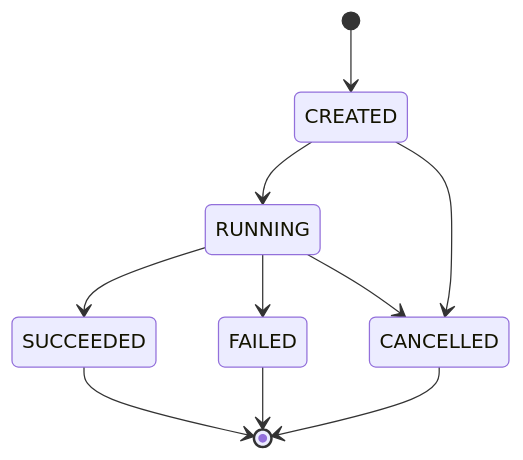
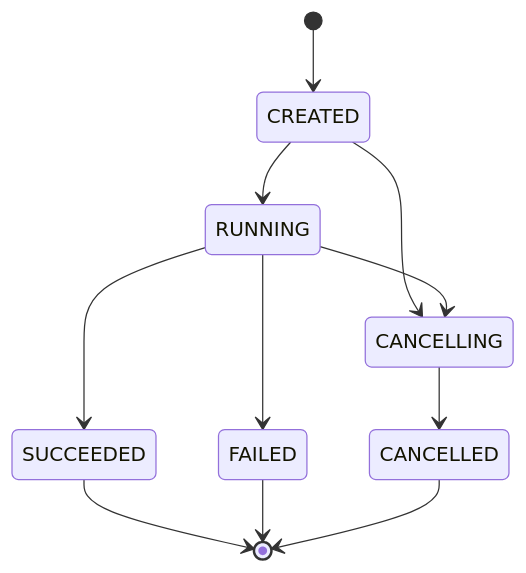
The first of 2 diagrams in docs/04-state-machine-proposal.md (ashish-2141/flowforge-engine), drawn with Mermaid before and after one commit. The commit also changed other lines of this file, not shown here.

````diff
--- a/docs/04-state-machine-proposal.md
+++ b/docs/04-state-machine-proposal.md
@@ -11,12 +13,13 @@
 ```mermaid
 stateDiagram-v2
     [*] --> CREATED
     CREATED --> RUNNING
-    CREATED --> CANCELLED
+    CREATED --> CANCELLING
+    RUNNING --> CANCELLING
     RUNNING --> SUCCEEDED
     RUNNING --> FAILED
-    RUNNING --> CANCELLED
+    CANCELLING --> CANCELLED
     SUCCEEDED --> [*]
     FAILED --> [*]
     CANCELLED --> [*]
 ```
````
